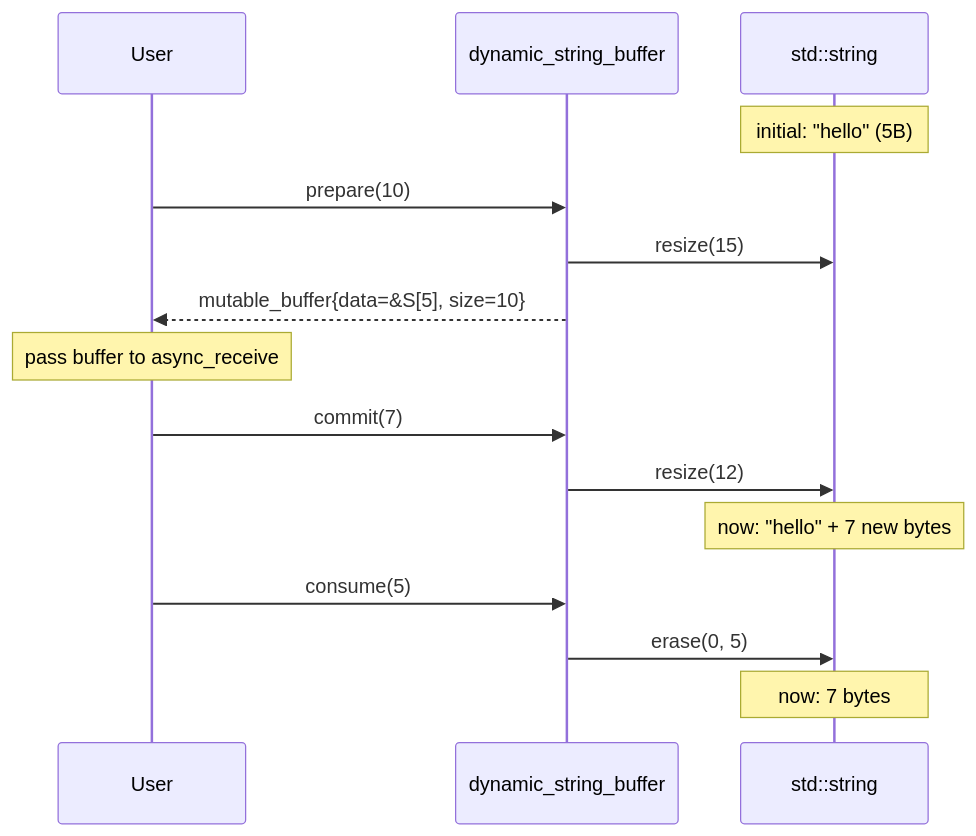
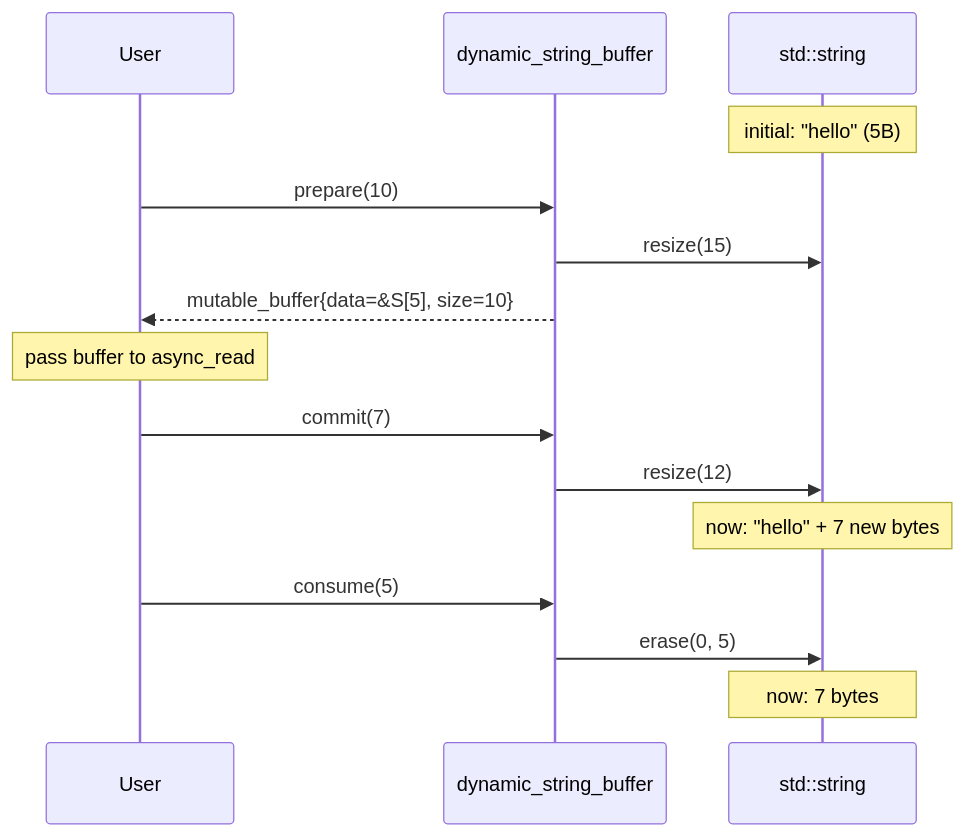
Before and after one commit to haomingbai/bnio: the second of 6 diagrams in docs/usage.md, drawn with Mermaid. The commit also changed other lines of this file and 16 other files, not shown here.

````diff
--- a/docs/usage.md
+++ b/docs/usage.md
@@ -87,22 +87,22 @@
 ```mermaid
 sequenceDiagram
     participant User
     participant DB as dynamic_string_buffer
     participant S as std::string
 
     Note over S: initial: "hello" (5B)
 
     User->>DB: prepare(10)
     DB->>S: resize(15)
     DB-->>User: mutable_buffer{data=&S[5], size=10}
 
-    Note over User: pass buffer to async_receive
+    Note over User: pass buffer to async_read
 
     User->>DB: commit(7)
     DB->>S: resize(12)
     Note over S: now: "hello" + 7 new bytes
 
     User->>DB: consume(5)
     DB->>S: erase(0, 5)
     Note over S: now: 7 bytes
 ```
````
